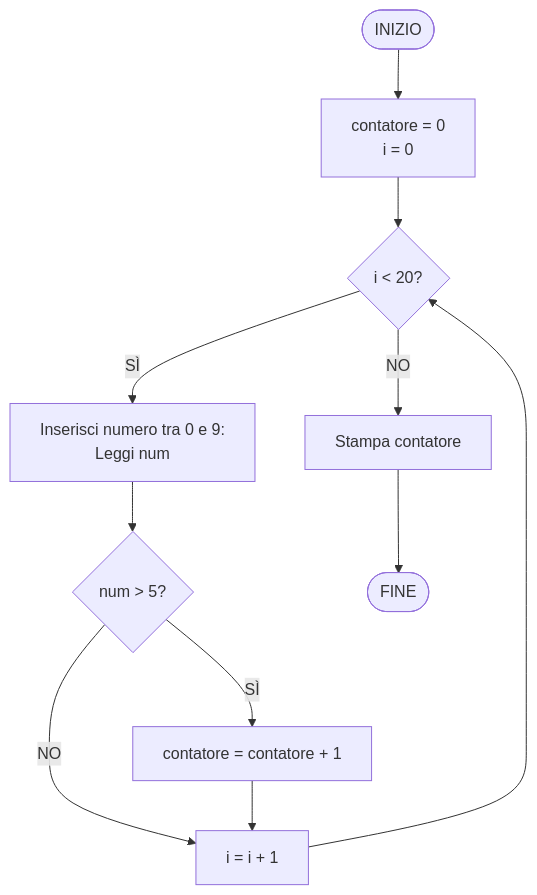
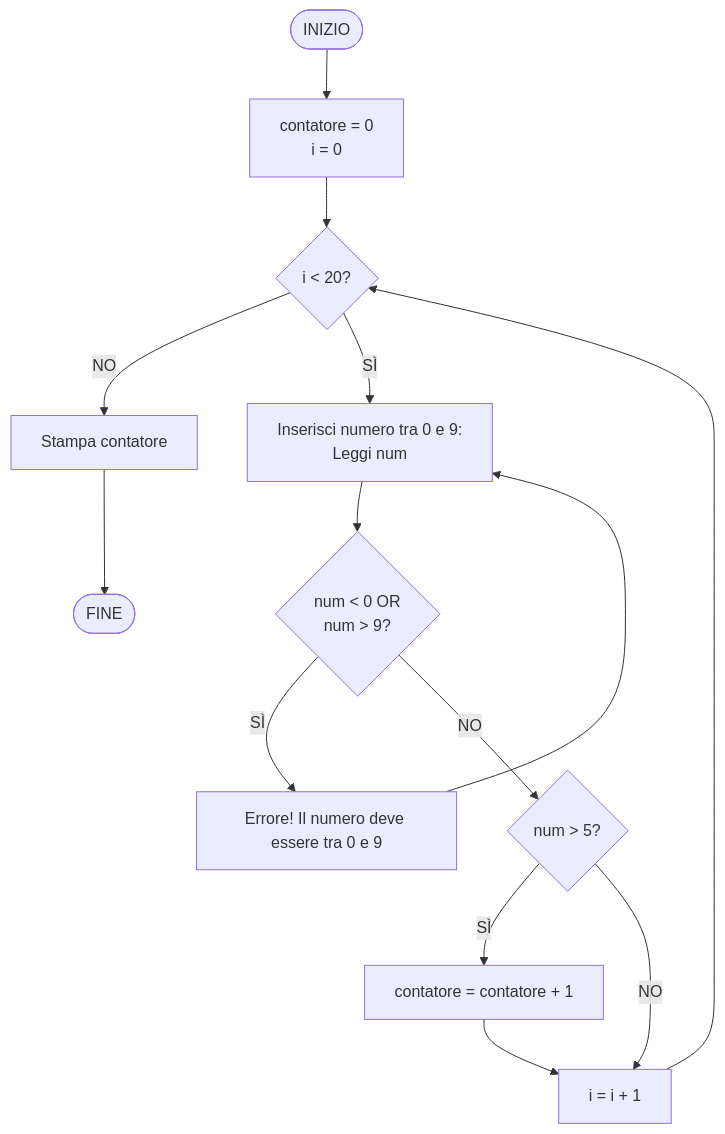
Before and after one commit to dany27041991/general-exercise: the first of 2 diagrams in Esercizio6.md, drawn with Mermaid. The commit also changed other lines of this file and 4 other files, not shown here.

````diff
--- a/Esercizio6.md
+++ b/Esercizio6.md
@@ -30,13 +30,16 @@
 ```mermaid
 flowchart TD
     START([INIZIO]) --> INIT[contatore = 0<br/>i = 0]
     INIT --> LOOP{i < 20?}
     LOOP -->|NO| PRINT[Stampa contatore]
     LOOP -->|SÌ| READ["Inserisci numero tra 0 e 9:"<br/>Leggi num]
-    READ --> CHECK{num > 5?}
+    READ --> VALIDATE{"num < 0 OR<br/>num > 9?"}
+    VALIDATE -->|SÌ| ERROR["Errore! Il numero deve essere tra 0 e 9"]
+    ERROR --> READ
+    VALIDATE -->|NO| CHECK{num > 5?}
     CHECK -->|SÌ| INCR_COUNT[contatore = contatore + 1]
     CHECK -->|NO| INCR_I[i = i + 1]
     INCR_COUNT --> INCR_I
     INCR_I --> LOOP
     PRINT --> END([FINE])
 ```
````
